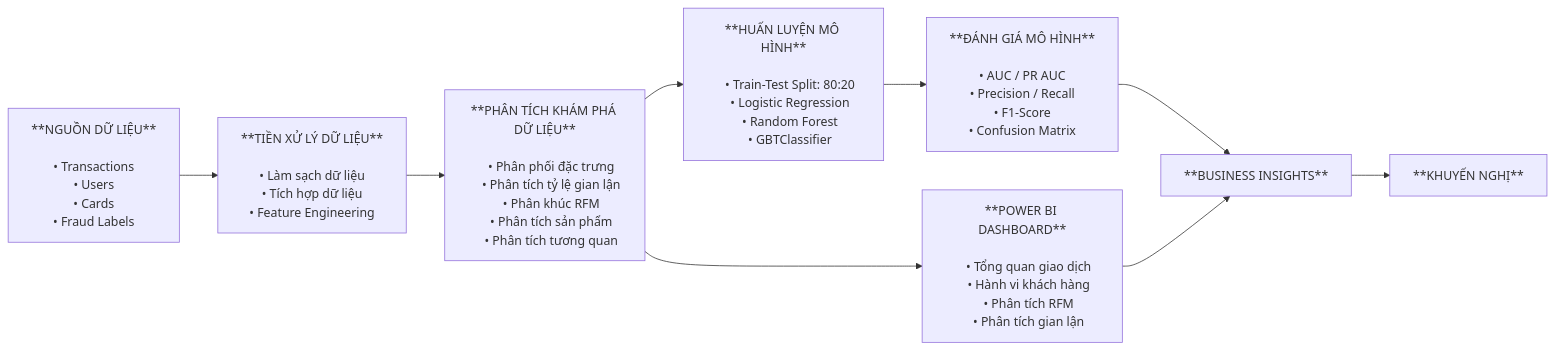
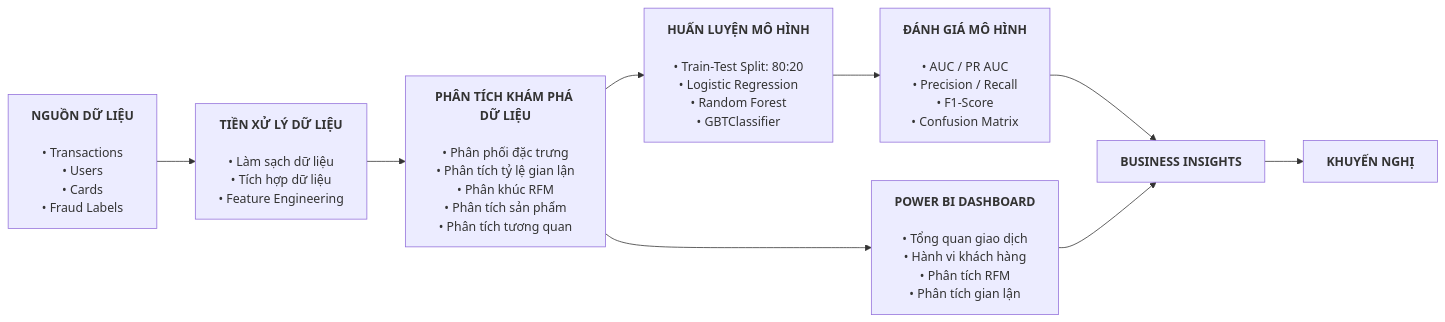
One commit to ngocminh0123/Banking-Transaction-Analysis changed the diagram in README_vi.md. Above: the diagram before and after it, drawn with Mermaid.

Commit message:
fix: project wf 3 VN

````diff
--- a/README_vi.md
+++ b/README_vi.md
@@ -96,54 +96,54 @@
 ```mermaid
 flowchart LR
 
-    A["**NGUỒN DỮ LIỆU**
+A["<b>NGUỒN DỮ LIỆU</b>
 
-    • Transactions
-    • Users
-    • Cards
-    • Fraud Labels"]
+• Transactions
+• Users
+• Cards
+• Fraud Labels"]
 
-    B["**TIỀN XỬ LÝ DỮ LIỆU**
+B["<b>TIỀN XỬ LÝ DỮ LIỆU</b>
 
-    • Làm sạch dữ liệu
-    • Tích hợp dữ liệu
-    • Feature Engineering"]
+• Làm sạch dữ liệu
+• Tích hợp dữ liệu
+• Feature Engineering"]
 
-    C["**PHÂN TÍCH KHÁM PHÁ DỮ LIỆU**
+C["<b>PHÂN TÍCH KHÁM PHÁ DỮ LIỆU</b>
 
-    • Phân phối đặc trưng
-    • Phân tích tỷ lệ gian lận
-    • Phân khúc RFM
-    • Phân tích sản phẩm
-    • Phân tích tương quan"]
+• Phân phối đặc trưng
+• Phân tích tỷ lệ gian lận
+• Phân khúc RFM
+• Phân tích sản phẩm
+• Phân tích tương quan"]
 
-    D["**HUẤN LUYỆN MÔ HÌNH**
+D["<b>HUẤN LUYỆN MÔ HÌNH</b>
 
-    • Train-Test Split: 80:20
-    • Logistic Regression
-    • Random Forest
-    • GBTClassifier"]
+• Train-Test Split: 80:20
+• Logistic Regression
+• Random Forest
+• GBTClassifier"]
 
-    E["**ĐÁNH GIÁ MÔ HÌNH**
+E["<b>ĐÁNH GIÁ MÔ HÌNH</b>
 
-    • AUC / PR AUC
-    • Precision / Recall
-    • F1-Score
-    • Confusion Matrix"]
+• AUC / PR AUC
+• Precision / Recall
+• F1-Score
+• Confusion Matrix"]
 
-    F["**POWER BI DASHBOARD**
+F["<b>POWER BI DASHBOARD</b>
 
-    • Tổng quan giao dịch
-    • Hành vi khách hàng
-    • Phân tích RFM
-    • Phân tích gian lận"]
+• Tổng quan giao dịch
+• Hành vi khách hàng
+• Phân tích RFM
+• Phân tích gian lận"]
 
-    G["**BUSINESS INSIGHTS**"]
+G["<b>BUSINESS INSIGHTS</b>"]
 
-    H["**KHUYẾN NGHỊ**"]
+H["<b>KHUYẾN NGHỊ</b>"]
 
-    A --> B --> C
-    C --> D --> E --> G
-    C --> F --> G
-    G --> H
+A --> B --> C
+C --> D --> E --> G
+C --> F --> G
+G --> H
 ```
````
